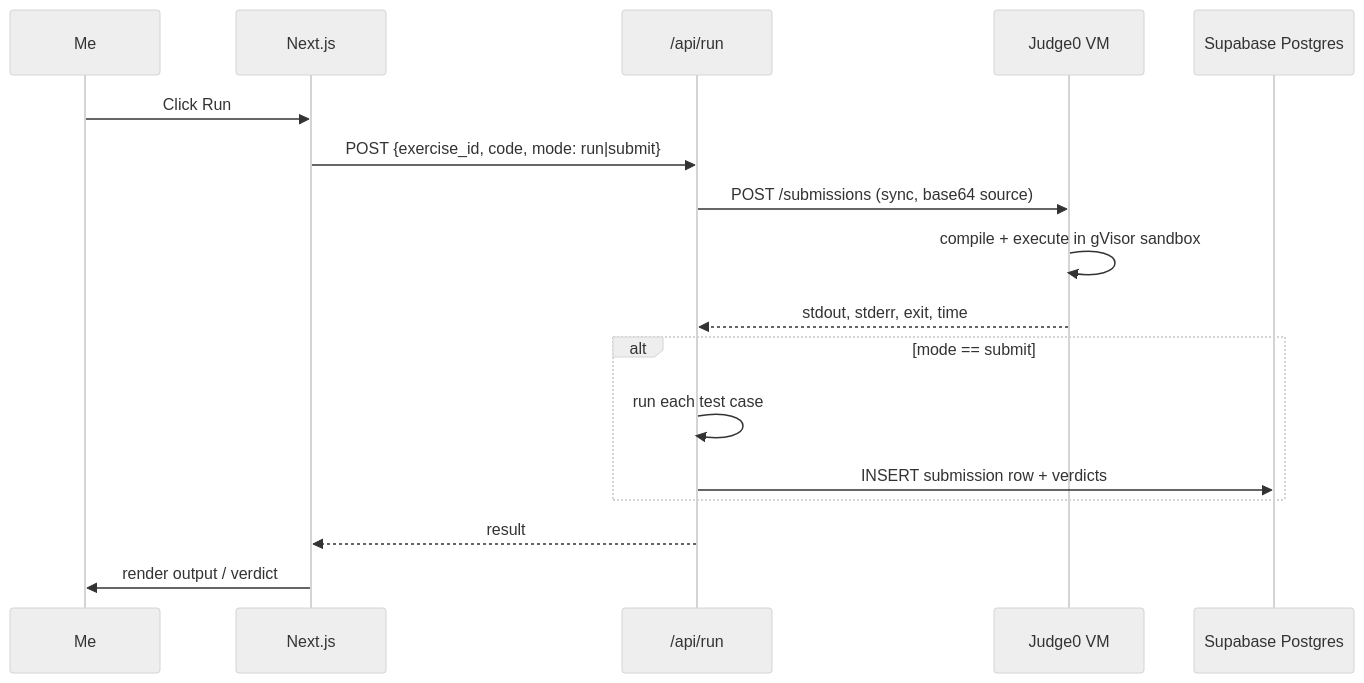
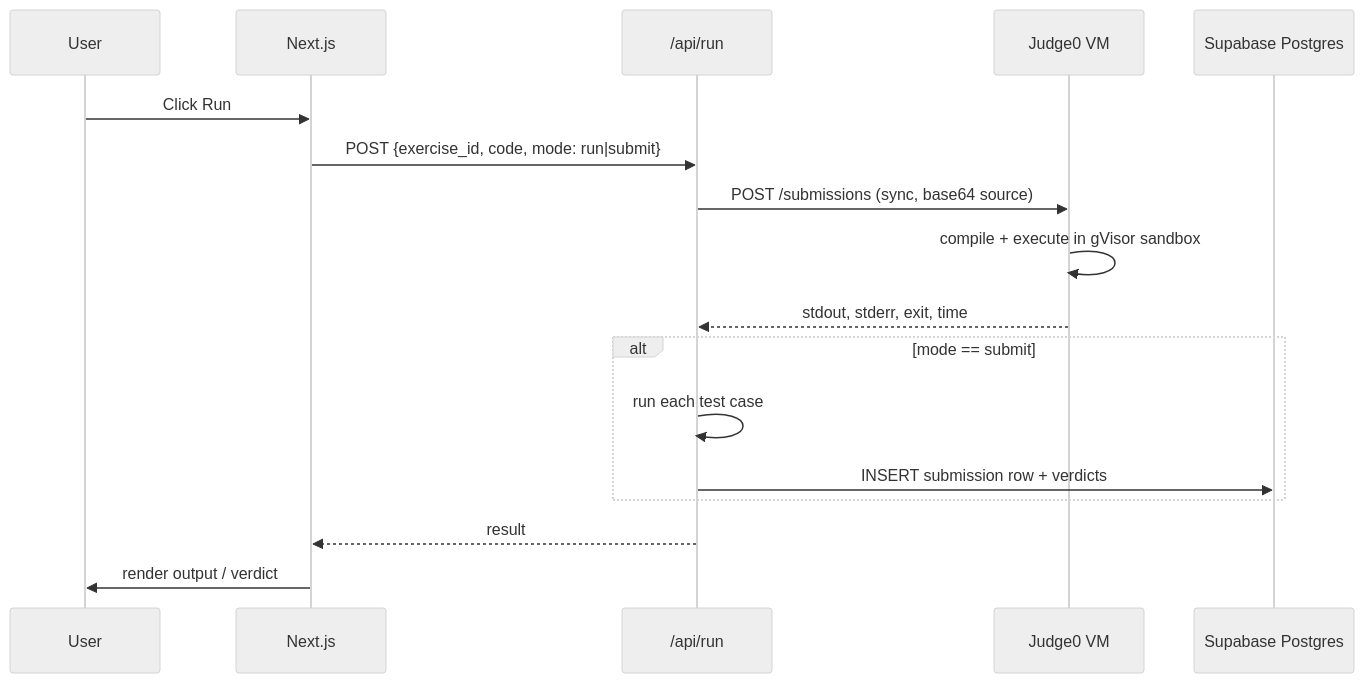
The third of 5 diagrams in proj-specs/design.md (1RaghavM/cpp-course), drawn with Mermaid (neutral theme) before and after one commit. The commit also changed other lines of this file and 23 other files, not shown here.

````diff
--- a/proj-specs/design.md
+++ b/proj-specs/design.md
@@ -75,20 +75,20 @@
 ```mermaid
 sequenceDiagram
-    participant U as Me
+    participant U as User
     participant W as Next.js
     participant API as /api/run
     participant J as Judge0 VM
     participant DB as Supabase Postgres
 
     U->>W: Click Run
     W->>API: POST {exercise_id, code, mode: run|submit}
     API->>J: POST /submissions (sync, base64 source)
     J->>J: compile + execute in gVisor sandbox
     J-->>API: stdout, stderr, exit, time
     alt mode == submit
         API->>API: run each test case
         API->>DB: INSERT submission row + verdicts
     end
     API-->>W: result
     W->>U: render output / verdict
 ```
````
